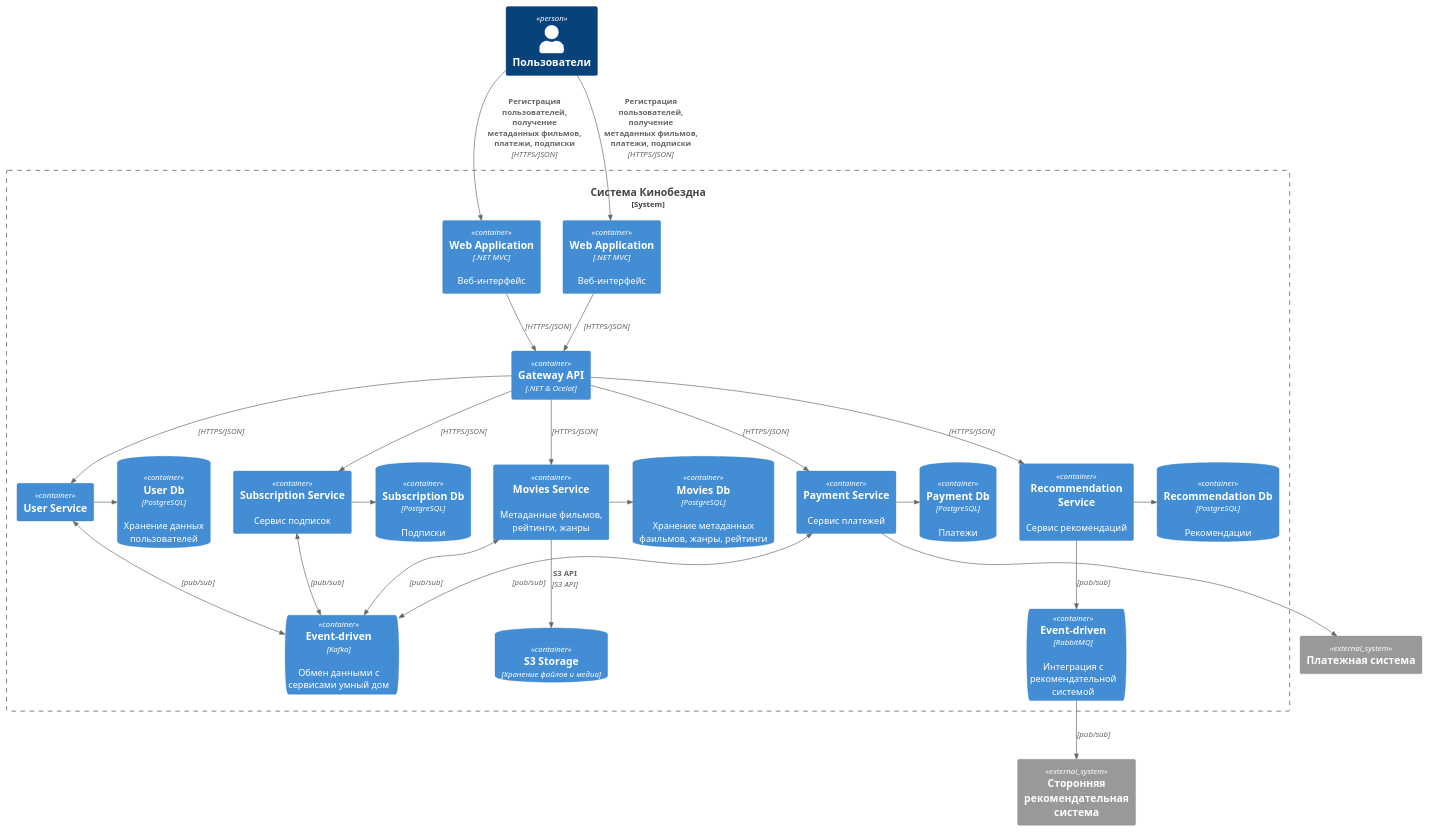
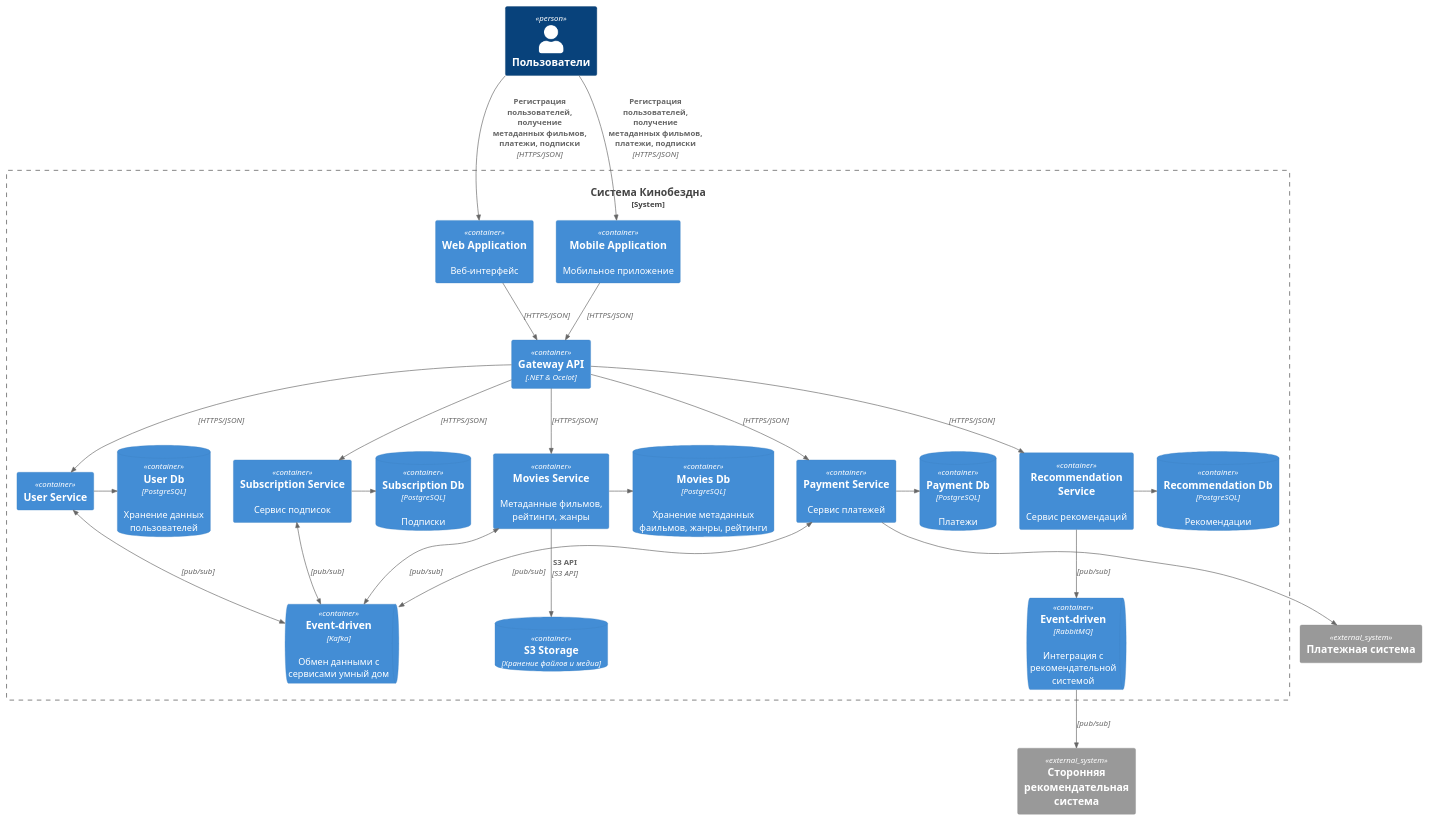
Before and after one commit to pvmasny/yandex-arch-pro-02: the diagram in diagrams/container/container.puml, drawn with PlantUML. The commit also changed 1 other file, not shown here.

Commit message:
mobile app

```diff
--- a/diagrams/container/container.puml
+++ b/diagrams/container/container.puml
@@ -1,61 +1,61 @@
 @startuml
 top to bottom direction
 
 !include ../C4/C4_Container.puml
 
 Person(user, "Пользователи", "")
 
 System_Boundary(cinema_abyss, "Система Кинобездна") {
-    Container(web_app, "Web Application", ".NET MVC", "Веб-интерфейс")
-    Container(mobile_app, "Web Application", ".NET MVC", "Веб-интерфейс")
+    Container(web_app, "Web Application", "", "Веб-интерфейс")
+    Container(mobile_app, "Mobile Application", "", "Мобильное приложение")
     Container(gateway, "Gateway API", ".NET & Ocelot")
     Container(user_service, "User Service")
     ContainerDb(user_db, "User Db", "PostgreSQL", "Хранение данных пользователей")
     Container(movies_service, "Movies Service", "", "Метаданные фильмов, рейтинги, жанры")
     ContainerDb(movies_db, "Movies Db", "PostgreSQL", "Хранение метаданных фаильмов, жанры, рейтинги")
     Container(subscription_service, "Subscription Service", "", "Сервис подписок")
     ContainerDb(subscription_db, "Subscription Db", "PostgreSQL", "Подписки")
     Container(recommendation_service, "Recommendation Service", "", "Сервис рекомендаций")
     ContainerDb(recommendation_db, "Recommendation Db", "PostgreSQL", "Рекомендации")
     Container(payment_service, "Payment Service", "", "Сервис платежей")
     ContainerDb(payment_db, "Payment Db", "PostgreSQL", "Платежи")
     ContainerQueue(kafka, "Event-driven", "Kafka", "Обмен данными c сервисами умный дом")
     ContainerQueue(rabbitMq, "Event-driven", "RabbitMQ", "Интеграция c рекомендательной системой")
     ContainerDb(s3, "S3 Storage", "Хранение файлов и медиа")
 }
 
 System_Ext(payment, "Платежная система")
 System_Ext(recommendation, "Сторонняя рекомендательная система")
 
 Rel_D(user,web_app,"Регистрация пользователей, получение метаданных фильмов, платежи, подписки", "HTTPS/JSON")
 Rel_D(user,mobile_app,"Регистрация пользователей, получение метаданных фильмов, платежи, подписки", "HTTPS/JSON")
 
 Rel_D(web_app,gateway,"", "HTTPS/JSON")
 Rel_D(mobile_app,gateway,"", "HTTPS/JSON")
 
 Rel_D(gateway,user_service,"", "HTTPS/JSON")
 Rel_D(gateway,movies_service,"", "HTTPS/JSON")
 Rel_D(gateway,subscription_service,"", "HTTPS/JSON")
 Rel_D(gateway,recommendation_service,"", "HTTPS/JSON")
 Rel_D(gateway,payment_service,"", "HTTPS/JSON")
 
 Rel_R(user_service, user_db, "")
 Rel_R(movies_service, movies_db, "")
 Rel_D(movies_service, s3, "S3 API", "S3 API")
 Rel_R(subscription_service, subscription_db, "")
 Rel_R(recommendation_service, recommendation_db, "")
 Rel_R(payment_service, payment_db, "")
 
 BiRel_D(user_service,kafka,"", "pub/sub")
 BiRel_D(movies_service,kafka,"", "pub/sub")
 BiRel_D(subscription_service,kafka,"", "pub/sub")
 BiRel_D(payment_service,kafka,"", "pub/sub")
 
 Rel_D(payment_service,payment,"", "")
 Rel_D(recommendation_service,rabbitMq,"", "pub/sub")
 Rel_D(rabbitMq,recommendation,"", "pub/sub")
 
 
 
 
 @enduml
```
